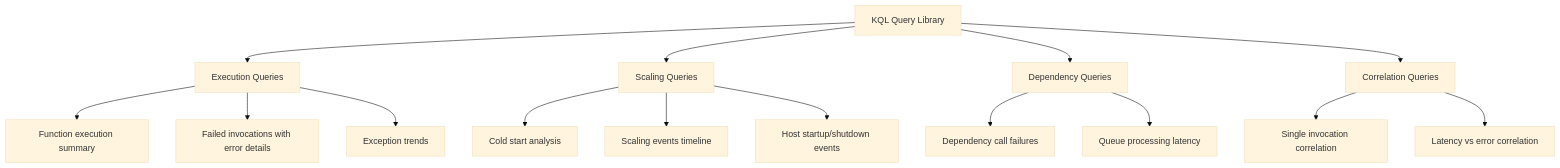
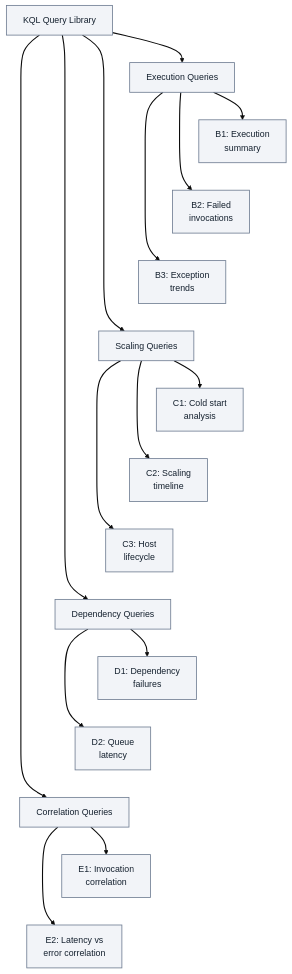
Before and after one commit to yeongseon/azure-functions-practical-guide: the diagram in docs/troubleshooting/kql/index.md, drawn with Mermaid (base theme). The commit also changed other lines of this file and 1 other file, not shown here.

Commit message:
docs(diagrams): migrate KQL tables quick-reference diagram (#429)
* docs(diagrams): make the KQL category map readable on mobile

Preserve all query categories and destinations with keyed labels and a full
adjacent legend. Add accessible metadata and nonsemantic layout anchors.

Refs #252

````diff
--- a/docs/troubleshooting/kql/index.md
+++ b/docs/troubleshooting/kql/index.md
@@ -80,17 +80,32 @@
 ```mermaid
 graph TD
+    accTitle: KQL query library category map
+    accDescr: Navigation map from this library to execution, scaling, dependency and correlation queries. The ten keyed query topics are expanded in the adjacent legend. Arrows mean category membership, not execution order, telemetry transport or a confirmed diagnosis.
     A[KQL Query Library] --> B[Execution Queries]
     A --> C[Scaling Queries]
     A --> D[Dependency Queries]
     A --> E[Correlation Queries]
-    B --> B1[Function execution summary]
-    B --> B2[Failed invocations with error details]
-    B --> B3[Exception trends]
-    C --> C1[Cold start analysis]
-    C --> C2[Scaling events timeline]
-    C --> C3["Host startup/shutdown events"]
-    D --> D1[Dependency call failures]
-    D --> D2[Queue processing latency]
-    E --> E1[Single invocation correlation]
-    E --> E2[Latency vs error correlation]
+    B --> B1["B1: Execution<br/>summary"]
+    B --> B2["B2: Failed<br/>invocations"]
+    B --> B3["B3: Exception<br/>trends"]
+    C --> C1["C1: Cold start<br/>analysis"]
+    C --> C2["C2: Scaling<br/>timeline"]
+    C --> C3["C3: Host<br/>lifecycle"]
+    D --> D1["D1: Dependency<br/>failures"]
+    D --> D2["D2: Queue<br/>latency"]
+    E --> E1["E1: Invocation<br/>correlation"]
+    E --> E2["E2: Latency vs<br/>error correlation"]
+    %% Layout-only links tier categories and topics; they add no query steps or semantic arrows.
+    B1 ~~~ B2
+    B2 ~~~ B3
+    B3 ~~~ C
+    C1 ~~~ C2
+    C2 ~~~ C3
+    C3 ~~~ D
+    D1 ~~~ D2
+    D2 ~~~ E
+    E1 ~~~ E2
+    classDef baseNeutral fill:#f2f4f8,stroke:#707e93,stroke-width:1.5px,color:#14202e;
+    class A,B,C,D,E,B1,B2,B3,C1,C2,C3,D1,D2,E1,E2 baseNeutral;
+    linkStyle default stroke-width:2px;
 ```
````
